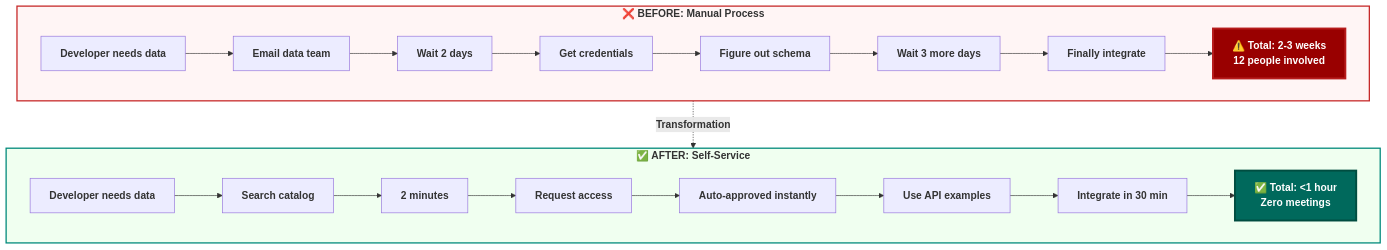
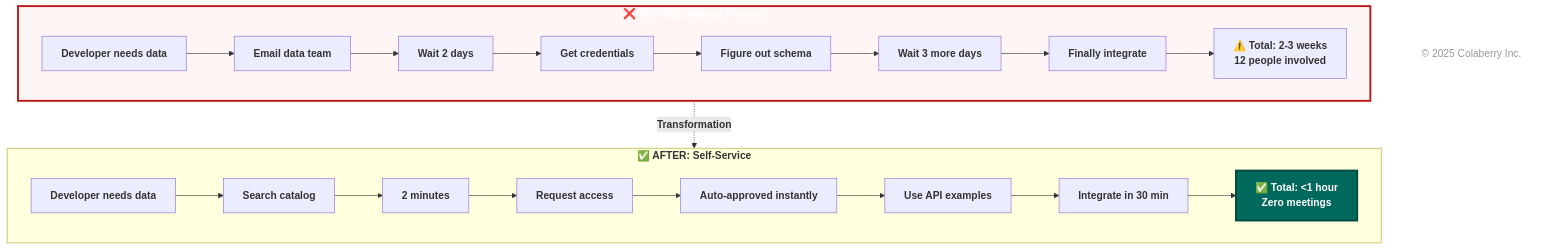
Before and after one commit to colaberry/enterprise-data-readiness-ai-agents: diagram 13 of 16 in chapter-01/chapter_1_complete.md, drawn with Mermaid. The commit also changed other lines of this file, not shown here.

````diff
--- a/chapter-01/chapter_1_complete.md
+++ b/chapter-01/chapter_1_complete.md
@@ -1883,37 +1924,40 @@
 ```mermaid
 flowchart TB
     subgraph before["`**❌ BEFORE: Manual Process**`"]
         direction LR
         B1["`**Developer needs data**`"]
         B2["`**Email data team**`"]
         B3["`**Wait 2 days**`"]
         B4["`**Get credentials**`"]
         B5["`**Figure out schema**`"]
         B6["`**Wait 3 more days**`"]
         B7["`**Finally integrate**`"]
         B8["`**⚠️ Total: 2-3 weeks**<br/><b>12 people involved</b>`"]
         
         B1 --> B2 --> B3 --> B4 --> B5 --> B6 --> B7 --> B8
     end
 
     subgraph after["`**✅ AFTER: Self-Service**`"]
         direction LR
         A1["`**Developer needs data**`"]
         A2["`**Search catalog**`"]
         A3["`**2 minutes**`"]
         A4["`**Request access**`"]
         A5["`**Auto-approved instantly**`"]
         A6["`**Use API examples**`"]
         A7["`**Integrate in 30 min**`"]
         A8["`**✅ Total: <1 hour**<br/><b>Zero meetings</b>`"]
         
         A1 --> A2 --> A3 --> A4 --> A5 --> A6 --> A7 --> A8
     end
 
     before -.->|"`**Transformation**`"| after
 
-    style before fill:#fff5f5,stroke:#c62828,stroke-width:2px
-    style after fill:#f0fff0,stroke:#00897b,stroke-width:2px
-    style B8 fill:#990000,color:#ffffff,stroke:#b71c1c,stroke-width:3px
+    style before fill:#fff5f5,stroke:#c62828,stroke-width:2px,color:#b71c1c    style after fill:#f0fff0,stroke:#00897b,stroke-width:2px,color:#000000    style B8 fill:#990000,color:#ffffff,stroke:#b71c1c,stroke-width:3px
+
+    %% Copyright Notice
+    CR["© 2025 Colaberry Inc."]
+
     style A8 fill:#00695c,color:#ffffff,stroke:#004d40,stroke-width:3px
+    style CR fill:none,stroke:none,color:#999999
 ```
````
